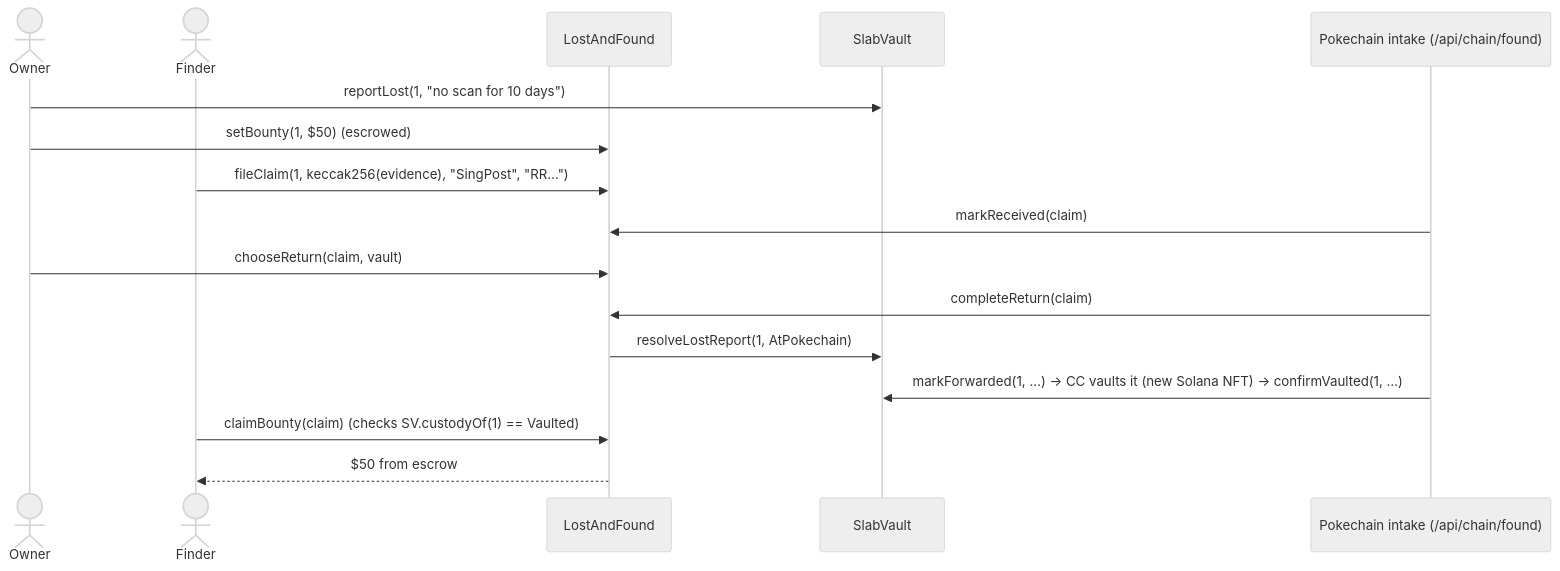
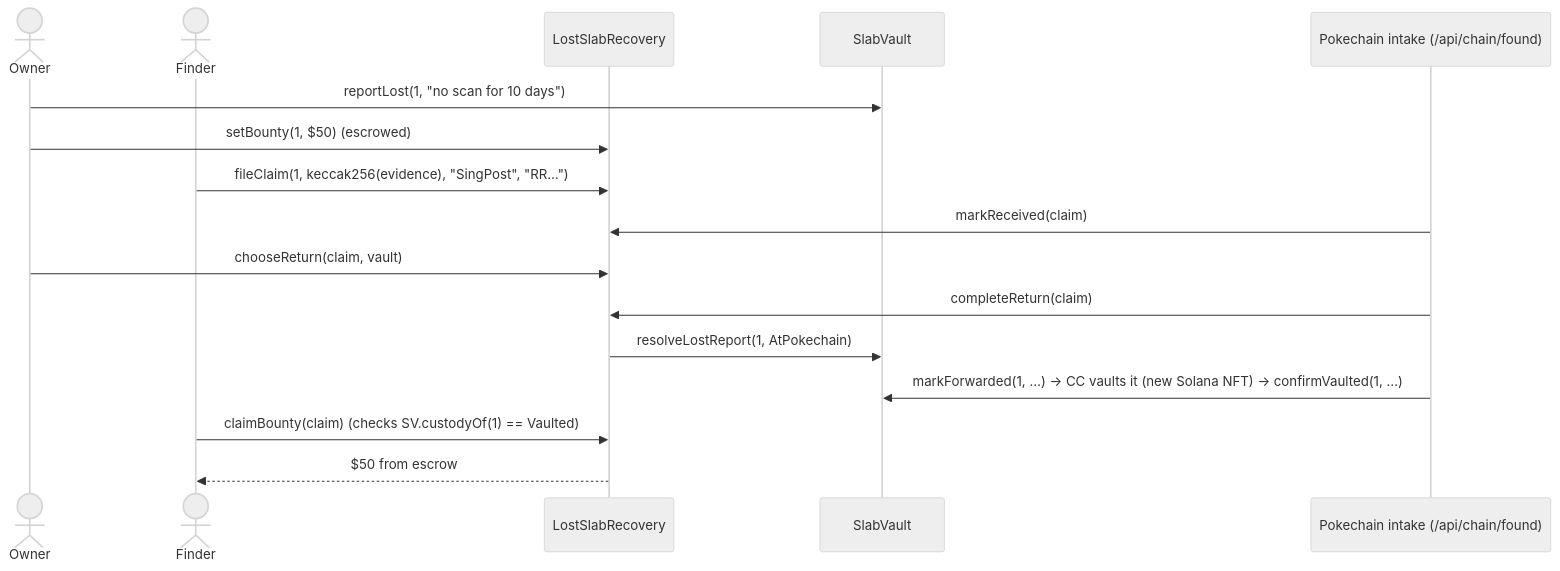
The second of 8 diagrams in docs/blockchain-onboarding.md (Xenonwizard/IS4302project), drawn with Mermaid (neutral theme) before and after one commit. The commit also changed other lines of this file and 25 other files, not shown here.

First line of the commit message:
Rename LostAndFound contract to LostSlabRecovery

````diff
--- a/docs/blockchain-onboarding.md
+++ b/docs/blockchain-onboarding.md
@@ -165,18 +165,18 @@
 ```mermaid
 sequenceDiagram
   actor A as Owner
   actor F as Finder
-  participant LF as LostAndFound
+  participant LF as LostSlabRecovery
   participant SV as SlabVault
   participant P as Pokechain intake (/api/chain/found)
   A->>SV: reportLost(1, "no scan for 10 days")
   A->>LF: setBounty(1, $50)   (escrowed)
   F->>LF: fileClaim(1, keccak256(evidence), "SingPost", "RR…")
   P->>LF: markReceived(claim)
   A->>LF: chooseReturn(claim, vault)
   P->>LF: completeReturn(claim)
   LF->>SV: resolveLostReport(1, AtPokechain)
   P->>SV: markForwarded(1, …) → CC vaults it (new Solana NFT) → confirmVaulted(1, …)
   F->>LF: claimBounty(claim)   (checks SV.custodyOf(1) == Vaulted)
   LF-->>F: $50 from escrow
 ```
````
